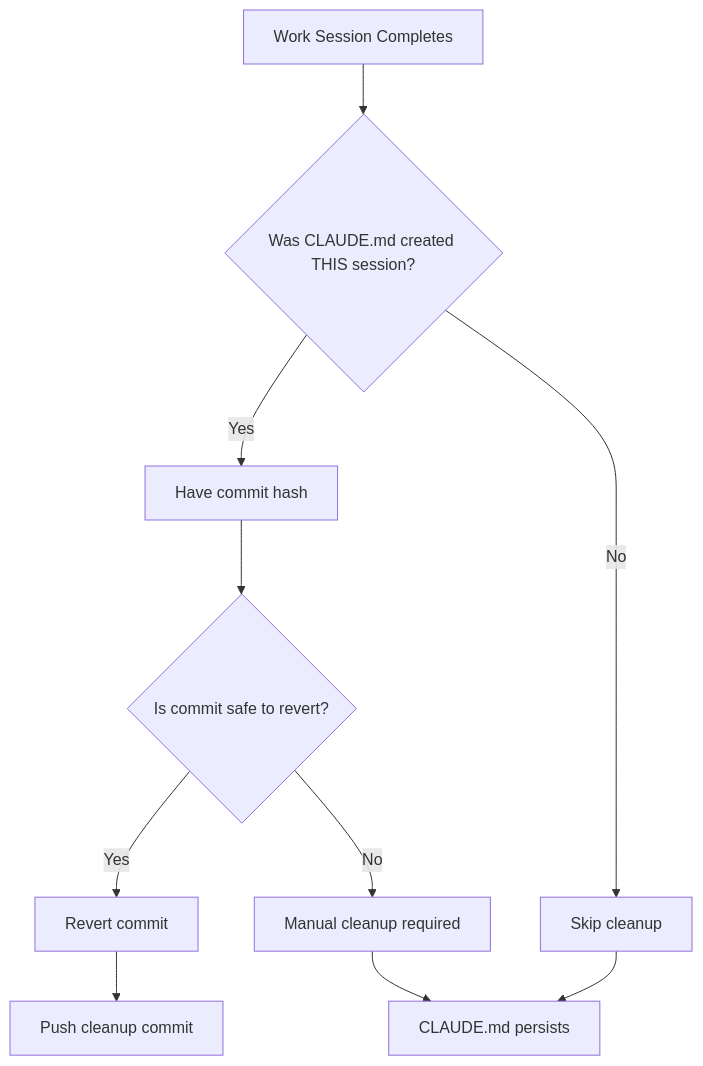
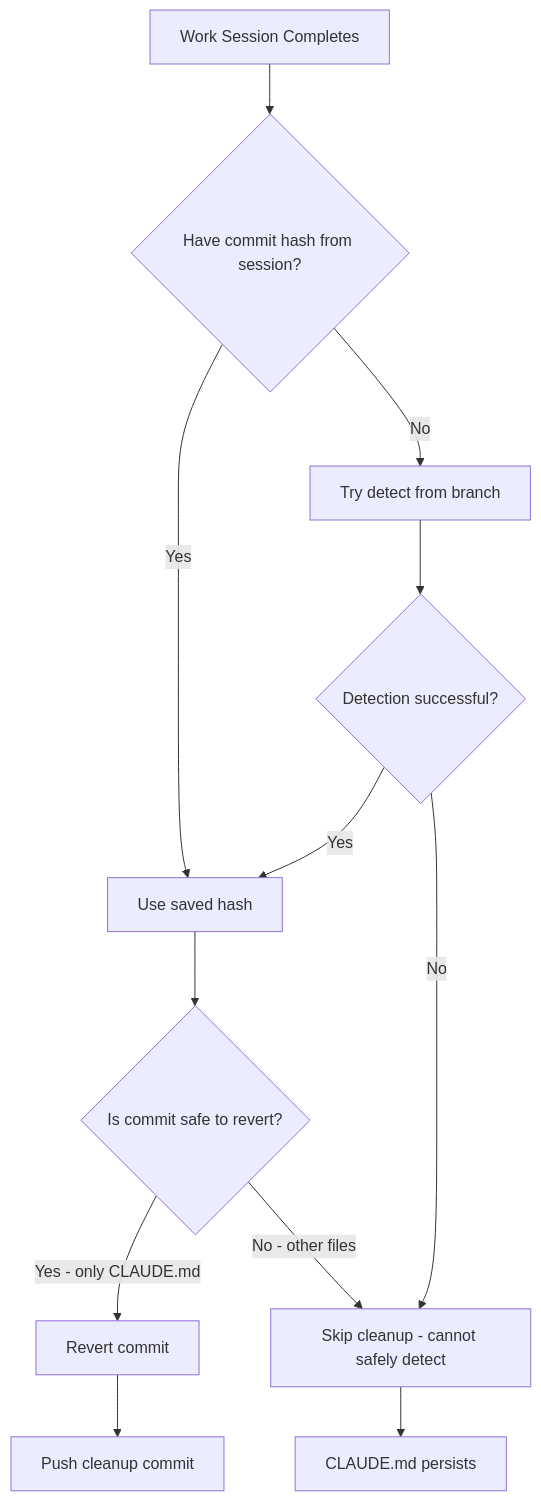
Before and after one commit to PeterMotorniy/auto-programmer: the first of 2 diagrams in docs/case-studies/issue-940/README.md, drawn with Mermaid. The commit also changed other lines of this file and 2 other files, not shown here.

First line of the commit message:
fix(solve): detect CLAUDE.md commit from branch structure when hash is lost

````diff
--- a/docs/case-studies/issue-940/README.md
+++ b/docs/case-studies/issue-940/README.md
@@ -606,12 +360,14 @@
 ```mermaid
 graph TD
-    A[Work Session Completes] --> B{Was CLAUDE.md created THIS session?}
-    B -->|Yes| C[Have commit hash]
-    B -->|No| D[Skip cleanup]
-    C --> E{Is commit safe to revert?}
-    E -->|Yes| F[Revert commit]
-    E -->|No| G[Manual cleanup required]
-    F --> H[Push cleanup commit]
-    D --> I[CLAUDE.md persists]
-    G --> I
+    A[Work Session Completes] --> B{Have commit hash from session?}
+    B -->|Yes| C[Use saved hash]
+    B -->|No| D[Try detect from branch]
+    D --> E{Detection successful?}
+    E -->|Yes| C
+    E -->|No| F[Skip cleanup - cannot safely detect]
+    C --> G{Is commit safe to revert?}
+    G -->|Yes - only CLAUDE.md| H[Revert commit]
+    G -->|No - other files| F
+    H --> I[Push cleanup commit]
+    F --> J[CLAUDE.md persists]
 ```
````
